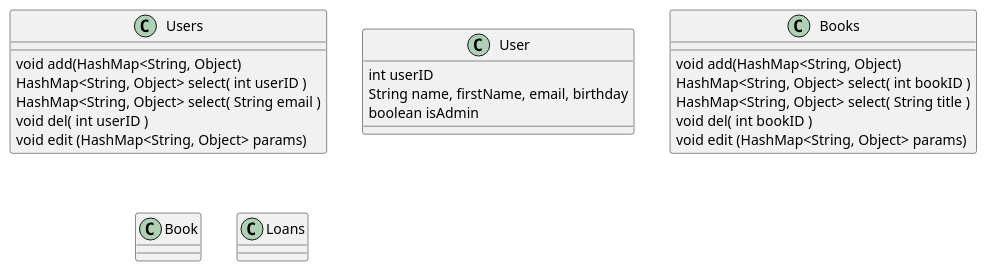
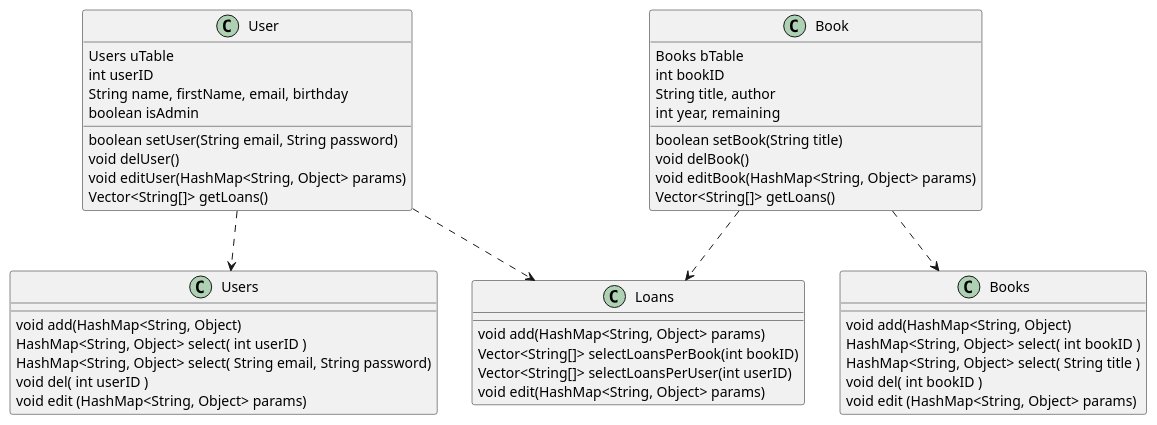
One commit to DiorAdam/LibraryManager changed the diagram in Modelisation/BackAPI.puml. Above: the diagram before and after it, drawn with PlantUML. The commit also changed 3 other files, not shown here.

```diff
--- a/Modelisation/BackAPI.puml
+++ b/Modelisation/BackAPI.puml
@@ -1,35 +1,54 @@
 @startuml
 
 class Users{
     void add(HashMap<String, Object)
     HashMap<String, Object> select( int userID )
-    HashMap<String, Object> select( String email )
+    HashMap<String, Object> select( String email, String password)
     void del( int userID )
     void edit (HashMap<String, Object> params)
 }
 
 
 class User{
+    Users uTable
     int userID
     String name, firstName, email, birthday
     boolean isAdmin
-
+    boolean setUser(String email, String password)
+    void delUser()
+    void editUser(HashMap<String, Object> params)
+    Vector<String[]> getLoans()
 }
+User ..> Users
+User ..> Loans
 
 class Books{
     void add(HashMap<String, Object)
     HashMap<String, Object> select( int bookID )
     HashMap<String, Object> select( String title )
     void del( int bookID )
     void edit (HashMap<String, Object> params)
 }
 
 class Book{
+    Books bTable
+    int bookID
+    String title, author
+    int year, remaining
+    boolean setBook(String title)
+    void delBook()
+    void editBook(HashMap<String, Object> params)
+    Vector<String[]> getLoans()
+}
+Book ..> Books
+Book ..> Loans
 
+class Loans{
+    void add(HashMap<String, Object> params)
+    Vector<String[]> selectLoansPerBook(int bookID)
+    Vector<String[]> selectLoansPerUser(int userID)
+    void edit(HashMap<String, Object> params)
 }
 
-class Loans{
-
-}
 
 @enduml
```
